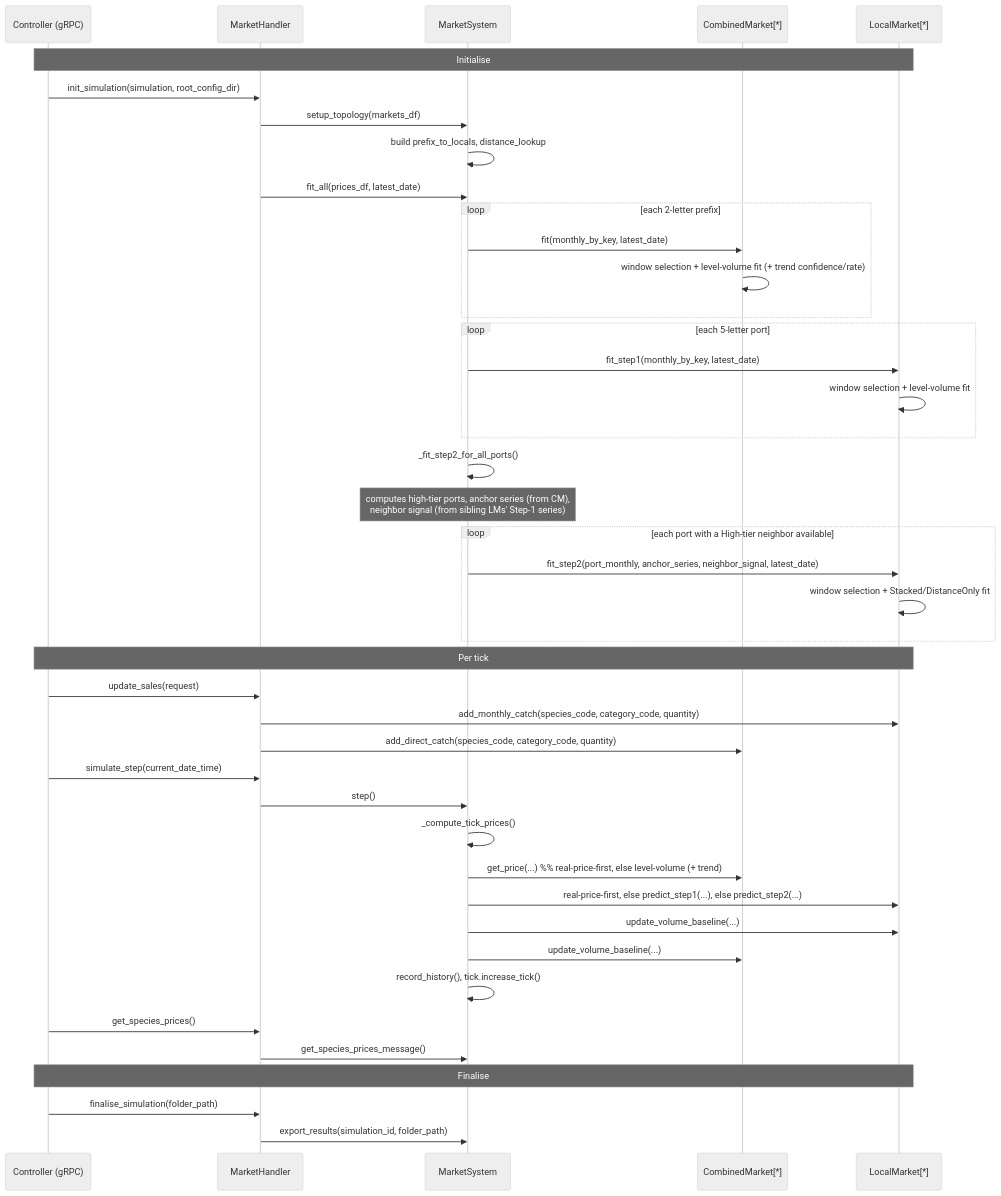
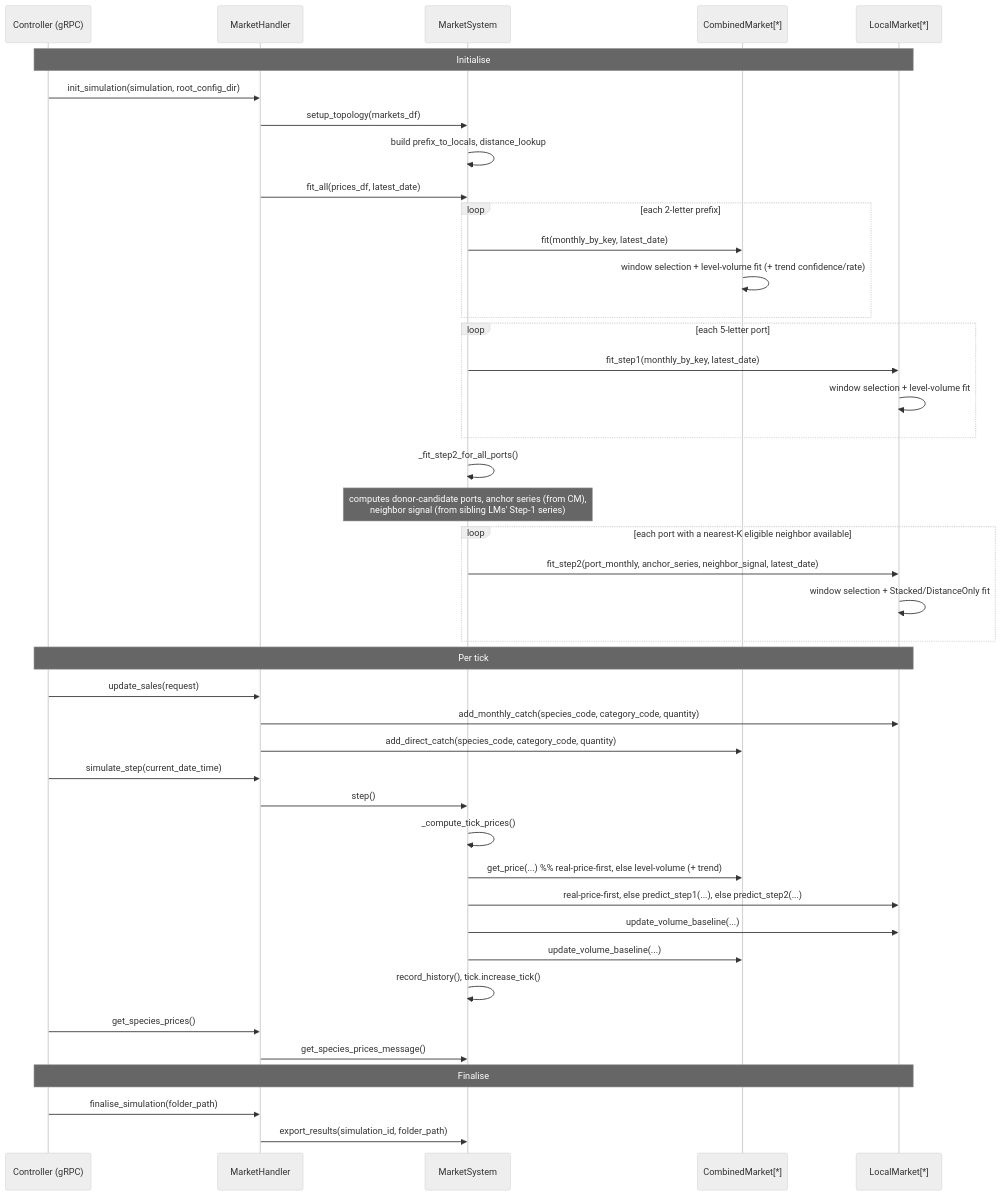
One commit to SURIMI-Project/SURIMI-market changed the second of 3 diagrams in src/models/market/ARCHITECTURE.md. Above: the diagram before and after it, drawn with Mermaid (neutral theme). The commit also changed other lines of this file and 2 other files, not shown here.

First line of the commit message:
refactor: wire MarketSystem onto top-K-nearest donor gate

````diff
--- a/src/models/market/ARCHITECTURE.md
+++ b/src/models/market/ARCHITECTURE.md
@@ -139,49 +139,49 @@
 ```mermaid
 sequenceDiagram
     participant CTL as Controller (gRPC)
     participant MH as MarketHandler
     participant MS as MarketSystem
     participant CM as CombinedMarket[*]
     participant LM as LocalMarket[*]
 
     Note over CTL,LM: Initialise
     CTL->>MH: init_simulation(simulation, root_config_dir)
     MH->>MS: setup_topology(markets_df)
     MS->>MS: build prefix_to_locals, distance_lookup
     MH->>MS: fit_all(prices_df, latest_date)
     loop each 2-letter prefix
         MS->>CM: fit(monthly_by_key, latest_date)
         CM->>CM: window selection + level-volume fit (+ trend confidence/rate)
     end
     loop each 5-letter port
         MS->>LM: fit_step1(monthly_by_key, latest_date)
         LM->>LM: window selection + level-volume fit
     end
     MS->>MS: _fit_step2_for_all_ports()
-    Note over MS: computes high-tier ports, anchor series (from CM),<br/>neighbor signal (from sibling LMs' Step-1 series)
-    loop each port with a High-tier neighbor available
+    Note over MS: computes donor-candidate ports, anchor series (from CM),<br/>neighbor signal (from sibling LMs' Step-1 series)
+    loop each port with a nearest-K eligible neighbor available
         MS->>LM: fit_step2(port_monthly, anchor_series, neighbor_signal, latest_date)
         LM->>LM: window selection + Stacked/DistanceOnly fit
     end
 
     Note over CTL,LM: Per tick
     CTL->>MH: update_sales(request)
     MH->>LM: add_monthly_catch(species_code, category_code, quantity)
     MH->>CM: add_direct_catch(species_code, category_code, quantity)
 
     CTL->>MH: simulate_step(current_date_time)
     MH->>MS: step()
     MS->>MS: _compute_tick_prices()
     MS->>CM: get_price(...)  %% real-price-first, else level-volume (+ trend)
     MS->>LM: real-price-first, else predict_step1(...), else predict_step2(...)
     MS->>LM: update_volume_baseline(...)
     MS->>CM: update_volume_baseline(...)
     MS->>MS: record_history(), tick.increase_tick()
 
     CTL->>MH: get_species_prices()
     MH->>MS: get_species_prices_message()
 
     Note over CTL,LM: Finalise
     CTL->>MH: finalise_simulation(folder_path)
     MH->>MS: export_results(simulation_id, folder_path)
 ```
````
